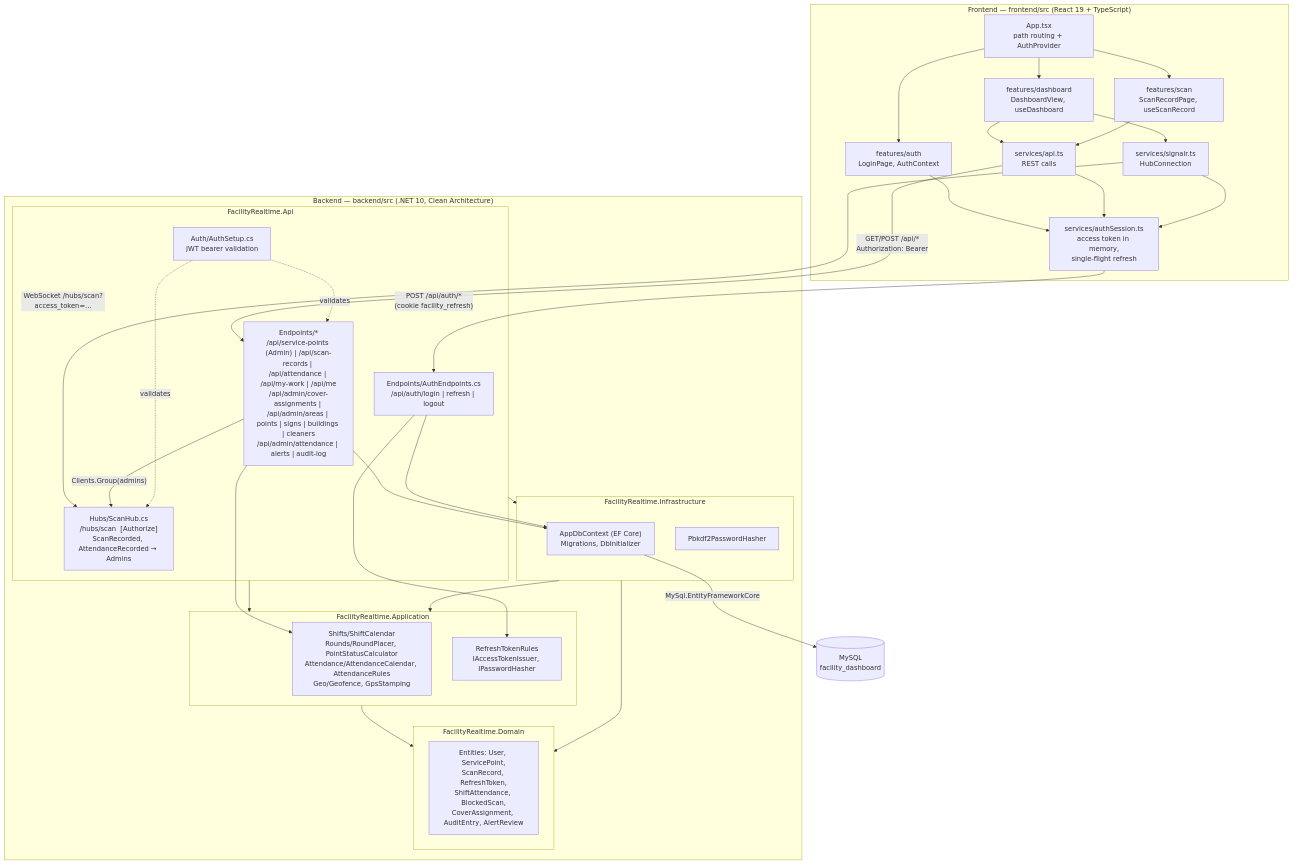
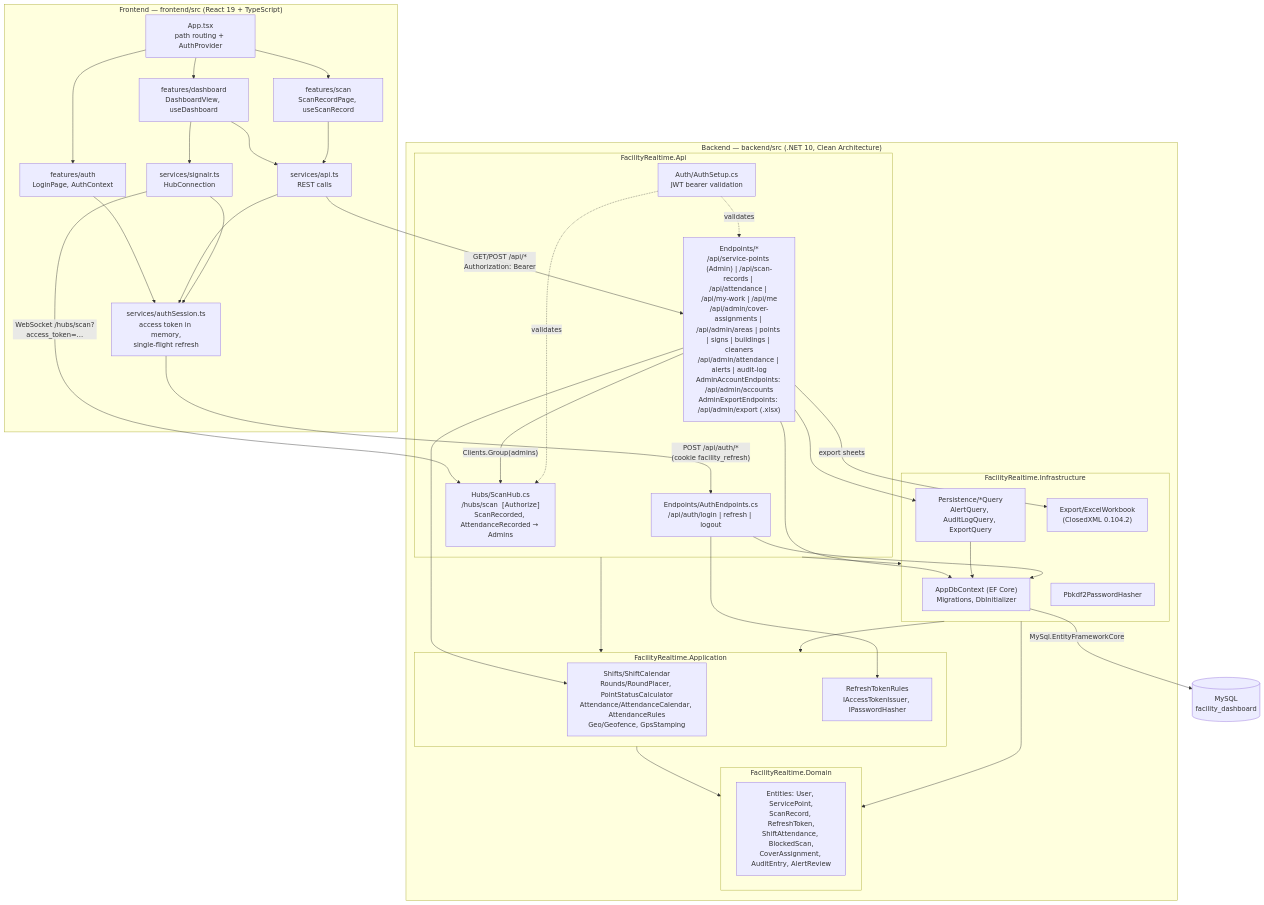
Before and after one commit to ThodsaphonSonthiphin/Facility-Real-time-dashboard: the third of 6 diagrams in docs/architecture.md, drawn with Mermaid. The commit also changed other lines of this file and 3 other files, not shown here.

Commit message:
test(backend): export and account queries on MySQL; docs for the accounts page and the Excel export

````diff
--- a/docs/architecture.md
+++ b/docs/architecture.md
@@ -107,60 +107,65 @@
 ```mermaid
 flowchart TB
     subgraph FE["Frontend — frontend/src (React 19 + TypeScript)"]
         App["App.tsx<br/>path routing + AuthProvider"]
         Dash["features/dashboard<br/>DashboardView, useDashboard"]
         Scan["features/scan<br/>ScanRecordPage, useScanRecord"]
         Login["features/auth<br/>LoginPage, AuthContext"]
         ApiSvc["services/api.ts<br/>REST calls"]
         AuthSess["services/authSession.ts<br/>access token in memory,<br/>single-flight refresh"]
         SR["services/signalr.ts<br/>HubConnection"]
     end
 
     subgraph BE["Backend — backend/src (.NET 10, Clean Architecture)"]
         subgraph ApiP["FacilityRealtime.Api"]
-            Ep["Endpoints/*<br/>/api/service-points (Admin) | /api/scan-records | /api/attendance | /api/my-work | /api/me<br/>/api/admin/cover-assignments | /api/admin/areas | points | signs | buildings | cleaners<br/>/api/admin/attendance | alerts | audit-log"]
+            Ep["Endpoints/*<br/>/api/service-points (Admin) | /api/scan-records | /api/attendance | /api/my-work | /api/me<br/>/api/admin/cover-assignments | /api/admin/areas | points | signs | buildings | cleaners<br/>/api/admin/attendance | alerts | audit-log<br/>AdminAccountEndpoints: /api/admin/accounts<br/>AdminExportEndpoints: /api/admin/export (.xlsx)"]
             AuthEp["Endpoints/AuthEndpoints.cs<br/>/api/auth/login | refresh | logout"]
             Hub["Hubs/ScanHub.cs<br/>/hubs/scan  [Authorize]<br/>ScanRecorded, AttendanceRecorded → Admins"]
             Jwt["Auth/AuthSetup.cs<br/>JWT bearer validation"]
         end
         subgraph AppP["FacilityRealtime.Application"]
             Status["Shifts/ShiftCalendar<br/>Rounds/RoundPlacer, PointStatusCalculator<br/>Attendance/AttendanceCalendar, AttendanceRules<br/>Geo/Geofence, GpsStamping"]
             Rules["RefreshTokenRules<br/>IAccessTokenIssuer, IPasswordHasher"]
         end
         subgraph InfP["FacilityRealtime.Infrastructure"]
             Ctx["AppDbContext (EF Core)<br/>Migrations, DbInitializer"]
             Hash["Pbkdf2PasswordHasher"]
+            Reads["Persistence/*Query<br/>AlertQuery, AuditLogQuery, ExportQuery"]
+            Xlsx["Export/ExcelWorkbook<br/>(ClosedXML 0.104.2)"]
         end
         subgraph DomP["FacilityRealtime.Domain"]
             Ent["Entities: User, ServicePoint,<br/>ScanRecord, RefreshToken,<br/>ShiftAttendance, BlockedScan,<br/>CoverAssignment, AuditEntry, AlertReview"]
         end
     end
 
     DB[("MySQL<br/>facility_dashboard")]
 
     App --> Dash & Scan & Login
     Dash --> ApiSvc
     Dash --> SR
     Scan --> ApiSvc
     Login --> AuthSess
     ApiSvc --> AuthSess
     SR --> AuthSess
 
     AuthSess -->|"POST /api/auth/*<br/>(cookie facility_refresh)"| AuthEp
     ApiSvc -->|"GET/POST /api/*<br/>Authorization: Bearer"| Ep
     SR -->|"WebSocket /hubs/scan?access_token=…"| Hub
 
     Ep --> Status
     Ep --> Ctx
+    Ep --> Reads
+    Ep -->|"export sheets"| Xlsx
+    Reads --> Ctx
     Ep -->|"Clients.Group(admins)"| Hub
     AuthEp --> Rules
     AuthEp --> Ctx
     Jwt -.->|validates| Ep & Hub
 
     ApiP --> AppP
     ApiP --> InfP
     InfP --> AppP
     AppP --> DomP
     InfP --> DomP
     Ctx -->|"MySql.EntityFrameworkCore"| DB
 ```
````
